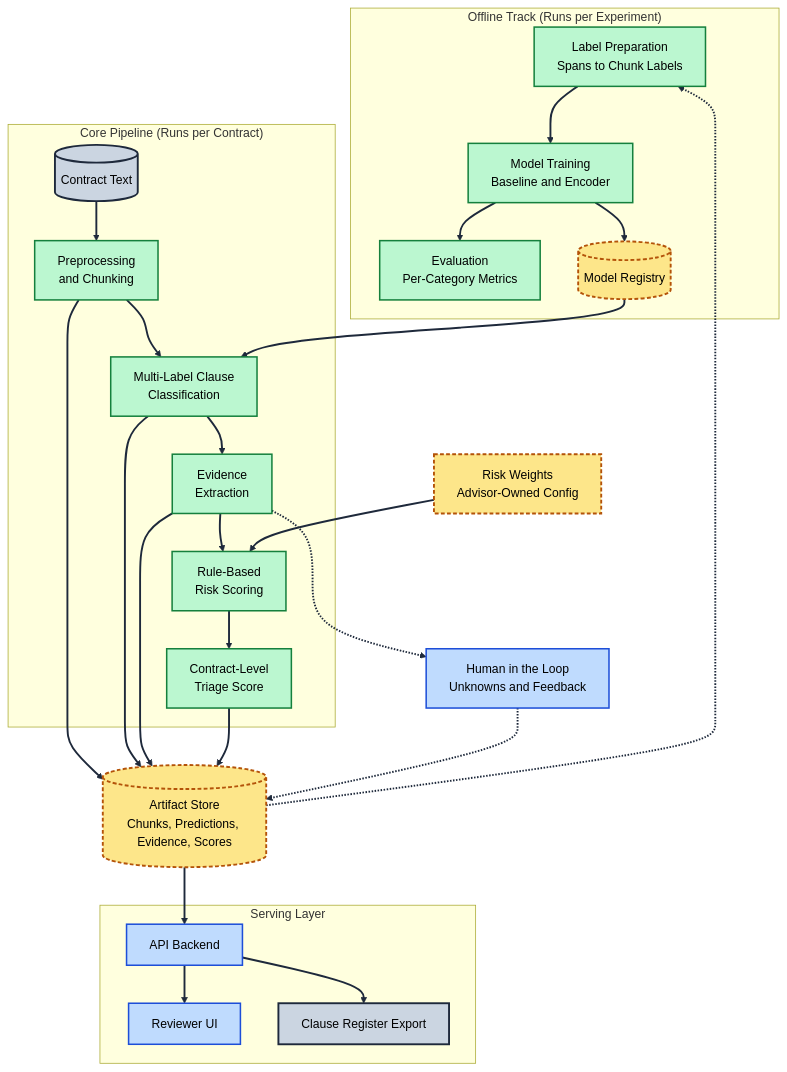
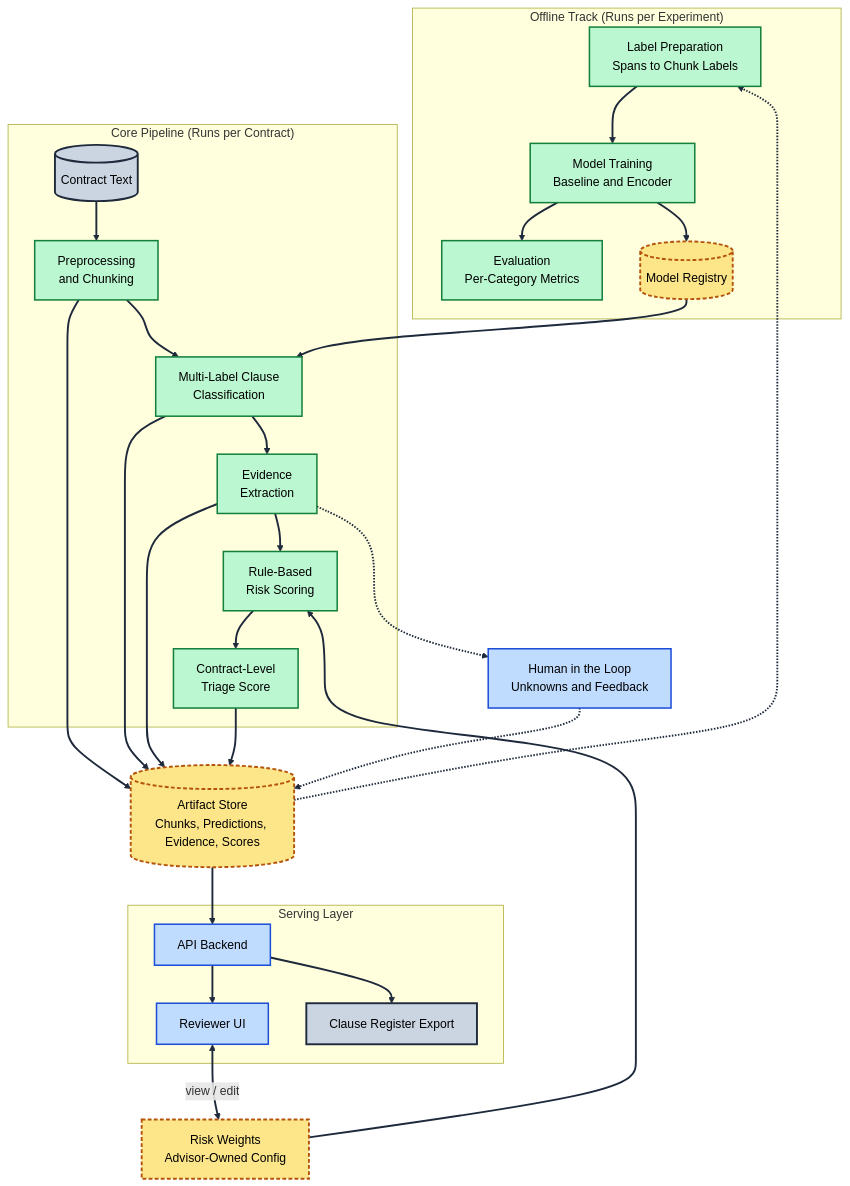
One commit to Break-Through-Tech/Accenture-1R-contract-review-challenge changed the diagram in ARCHITECTURE.md. Above: the diagram before and after it, drawn with Mermaid. The commit also changed other lines of this file, not shown here.

First line of the commit message:
docs(architecture): refine architecture plan with tech stack & scope tiers

````diff
--- a/ARCHITECTURE.md
+++ b/ARCHITECTURE.md
@@ -3,43 +27,44 @@
 ```mermaid
 flowchart TB
   subgraph OFF["Offline Track (Runs per Experiment)"]
     O1["Label Preparation<br/>Spans to Chunk Labels"] --> O2["Model Training<br/>Baseline and Encoder"] --> O3["Evaluation<br/>Per-Category Metrics"]
     O2 --> O4[("Model Registry")]
   end
-
+ 
   subgraph PIPE["Core Pipeline (Runs per Contract)"]
     P1[("Contract Text")] --> P2["Preprocessing<br/>and Chunking"] --> P3["Multi-Label Clause<br/>Classification"] --> P4["Evidence<br/>Extraction"] --> P5["Rule-Based<br/>Risk Scoring"] --> P6["Contract-Level<br/>Triage Score"]
   end
-
+ 
   subgraph SERVE["Serving Layer"]
     S1["API Backend"] --> S2["Reviewer UI"]
     S1 --> S3["Clause Register Export"]
   end
-
+ 
   DB[("Artifact Store<br/>Chunks, Predictions, Evidence, Scores")]
   W1["Risk Weights<br/>Advisor-Owned Config"]
   W2["Human in the Loop<br/>Unknowns and Feedback"]
-
+ 
   O4 --> P3
   P2 --> DB
   P3 --> DB
   P4 --> DB
   P6 --> DB
   DB --> S1
   W1 --> P5
+  S2 <-->|"view / edit"| W1
   P4 -.-> W2
   W2 -.-> DB
   DB -.-> O1
-
+ 
   linkStyle default stroke:#1e293b,stroke-width:2.5px
-
+ 
   classDef locked fill:#bbf7d0,stroke:#15803d,stroke-width:2px,color:#000
   classDef yours fill:#bfdbfe,stroke:#1d4ed8,stroke-width:2px,color:#000
   classDef added fill:#fde68a,stroke:#b45309,stroke-width:2.5px,stroke-dasharray:5 3,color:#000
   classDef store fill:#cbd5e1,stroke:#1e293b,stroke-width:2.5px,color:#000
-
+ 
   class P2,P3,P4,P5,P6,O1,O2,O3 locked
   class S1,S2,W2 yours
   class DB,W1,O4 added
   class P1,S3 store
 ```
````
